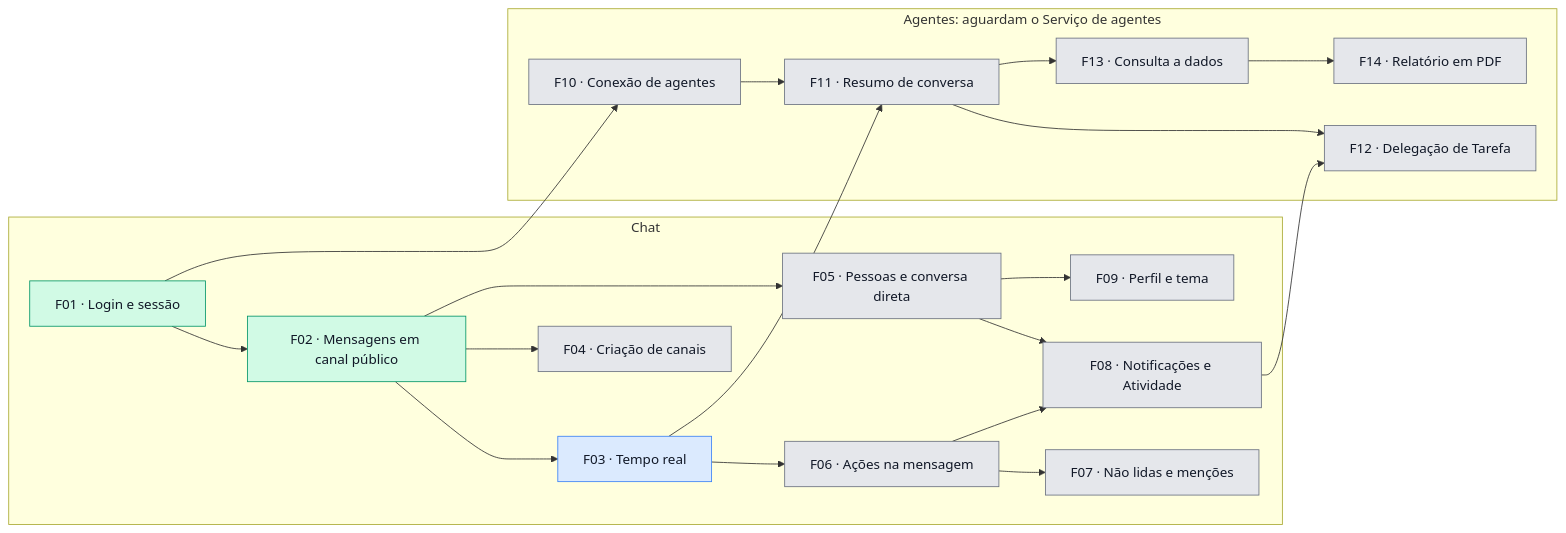
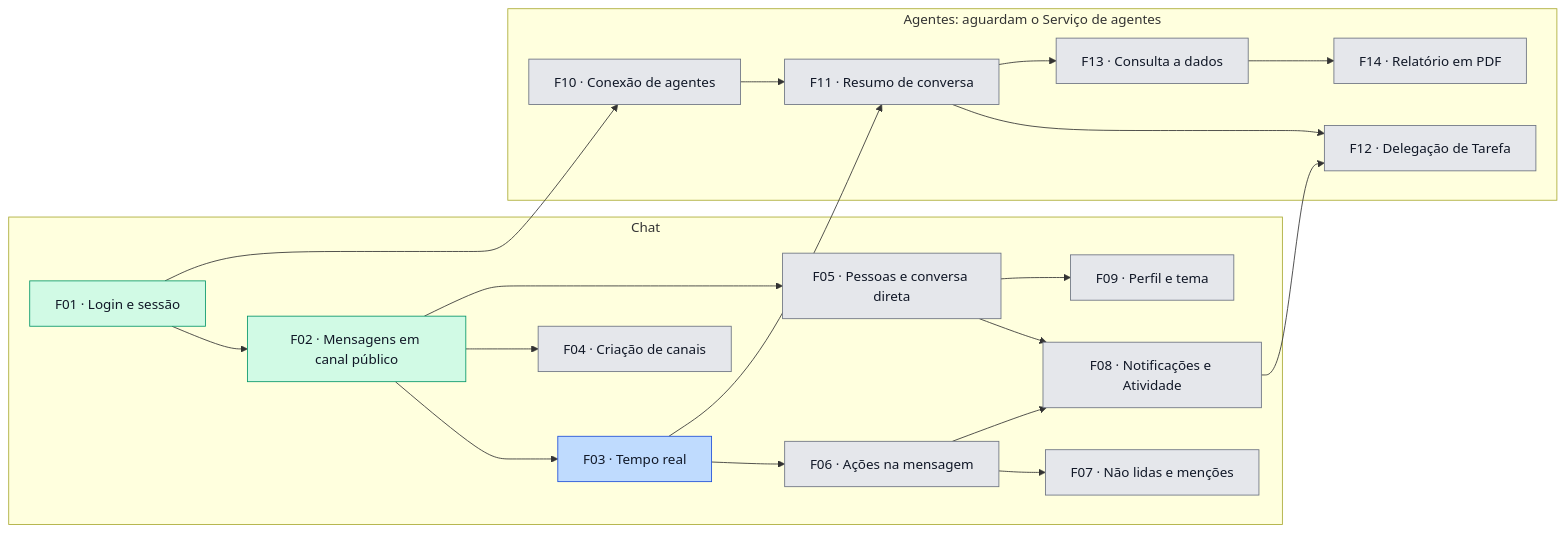
One commit to 1978bruno/fulldev_SKILL-Agentes-e-MCP-para-vibe-code changed the diagram in docs/roadmap.md. Above: the diagram before and after it, drawn with Mermaid. The commit also changed other lines of this file and 3 other files, not shown here.

First line of the commit message:
docs: spec da F03 (tempo real), com HLD e LLD atualizados e F03 em spec pronta

````diff
--- a/docs/roadmap.md
+++ b/docs/roadmap.md
@@ -48,49 +48,49 @@
 ```mermaid
 flowchart LR
   subgraph chat ["Chat"]
     F01["F01 · Login e sessão"]
     F02["F02 · Mensagens em canal público"]
     F03["F03 · Tempo real"]
     F04["F04 · Criação de canais"]
     F05["F05 · Pessoas e conversa direta"]
     F06["F06 · Ações na mensagem"]
     F07["F07 · Não lidas e menções"]
     F08["F08 · Notificações e Atividade"]
     F09["F09 · Perfil e tema"]
   end
 
   subgraph agentes ["Agentes: aguardam o Serviço de agentes"]
     F10["F10 · Conexão de agentes"]
     F11["F11 · Resumo de conversa"]
     F12["F12 · Delegação de Tarefa"]
     F13["F13 · Consulta a dados"]
     F14["F14 · Relatório em PDF"]
   end
 
   F01 --> F02
   F02 --> F03
   F02 --> F04
   F02 --> F05
   F03 --> F06
   F06 --> F07
   F05 --> F08
   F06 --> F08
   F05 --> F09
   F01 --> F10
   F03 --> F11
   F10 --> F11
   F08 --> F12
   F11 --> F12
   F11 --> F13
   F13 --> F14
 
   classDef planejada fill:#e5e7eb,stroke:#6b7280,color:#111827
   classDef prdPronto fill:#dbeafe,stroke:#3b82f6,color:#111827
   classDef specPronta fill:#bfdbfe,stroke:#1d4ed8,color:#111827
   classDef emAndamento fill:#fef3c7,stroke:#d97706,color:#111827
   classDef concluida fill:#d1fae5,stroke:#059669,color:#111827
 
   class F01,F02 concluida
-  class F03 prdPronto
+  class F03 specPronta
   class F04,F05,F06,F07,F08,F09,F10,F11,F12,F13,F14 planejada
 ```
````
